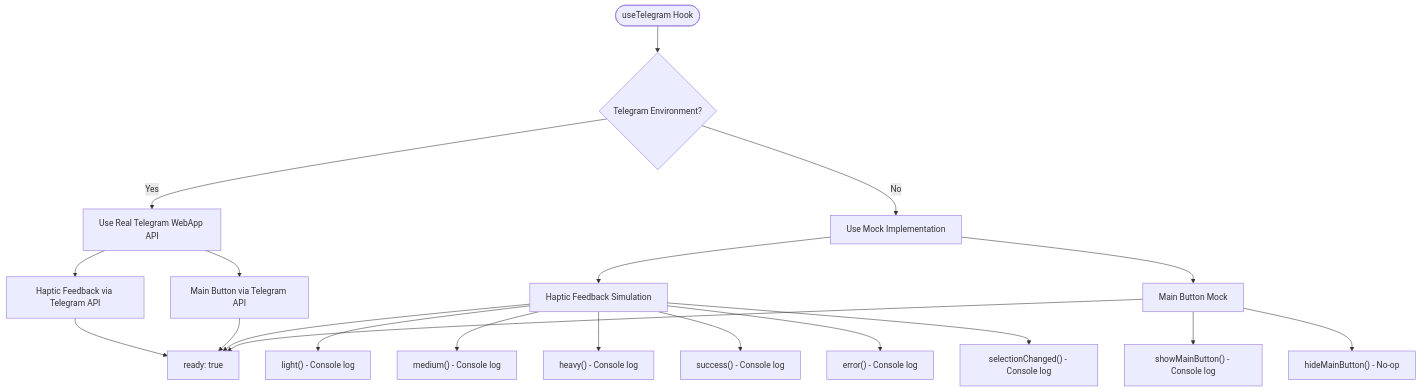
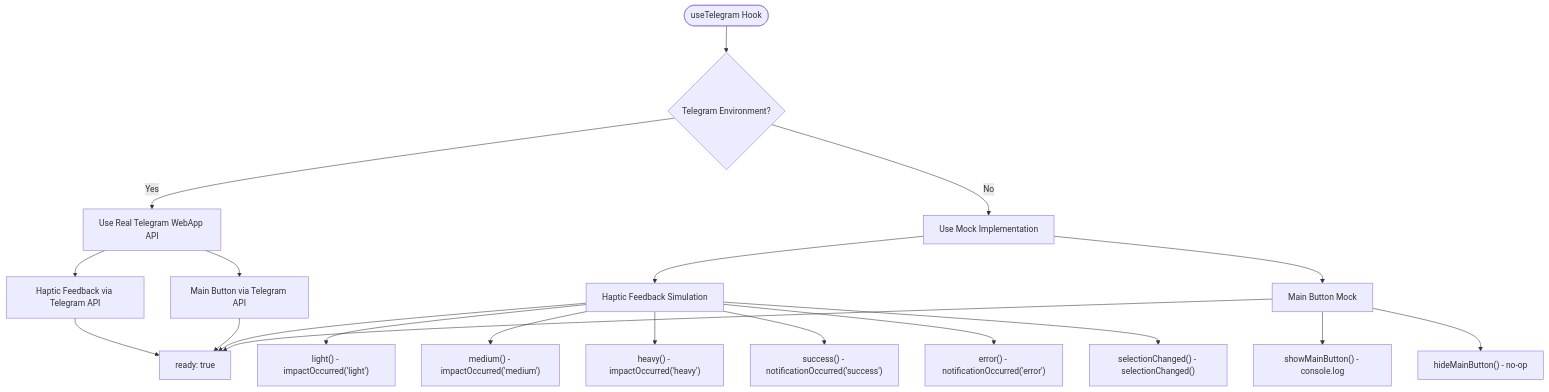
One commit to nilsnavi/fit_trackerpro changed the fifth of 7 diagrams in .qoder/repowiki/en/content/Frontend Component Architecture/Custom Hooks System.md. Above: the diagram before and after it, drawn with Mermaid. The commit also changed other lines of this file and 26 other files, not shown here.

````diff
--- a/.qoder/repowiki/en/content/Frontend Component Architecture/Custom Hooks System.md
+++ b/.qoder/repowiki/en/content/Frontend Component Architecture/Custom Hooks System.md
@@ -284,22 +308,22 @@
 ```mermaid
 flowchart TD
 Start(["useTelegram Hook"]) --> CheckEnv{"Telegram Environment?"}
 CheckEnv --> |Yes| UseRealAPI["Use Real Telegram WebApp API"]
 CheckEnv --> |No| UseMockAPI["Use Mock Implementation"]
 UseRealAPI --> HapticReal["Haptic Feedback via Telegram API"]
 UseRealAPI --> MainBtnReal["Main Button via Telegram API"]
 UseMockAPI --> HapticMock["Haptic Feedback Simulation"]
-HapticMock --> Light["light() - Console log"]
-HapticMock --> Medium["medium() - Console log"]
-HapticMock --> Heavy["heavy() - Console log"]
-HapticMock --> Success["success() - Console log"]
-HapticMock --> Error["error() - Console log"]
-HapticMock --> Selection["selectionChanged() - Console log"]
+HapticMock --> Light["light() - impactOccurred('light')"]
+HapticMock --> Medium["medium() - impactOccurred('medium')"]
+HapticMock --> Heavy["heavy() - impactOccurred('heavy')"]
+HapticMock --> Success["success() - notificationOccurred('success')"]
+HapticMock --> Error["error() - notificationOccurred('error')"]
+HapticMock --> Selection["selectionChanged() - selectionChanged()"]
 UseMockAPI --> MainBtnMock["Main Button Mock"]
-MainBtnMock --> ShowBtn["showMainButton() - Console log"]
-MainBtnMock --> HideBtn["hideMainButton() - No-op"]
+MainBtnMock --> ShowBtn["showMainButton() - console.log"]
+MainBtnMock --> HideBtn["hideMainButton() - no-op"]
 HapticReal --> Ready["ready: true"]
 MainBtnReal --> Ready
 HapticMock --> Ready
 MainBtnMock --> Ready
 ```
````
